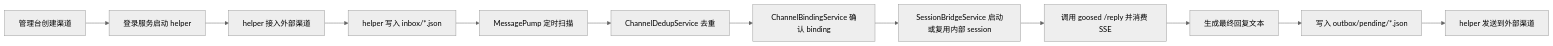
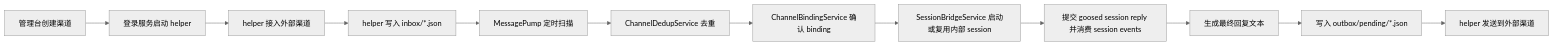
Before and after one commit to jacksunsong/ops-factory: the diagram in docs/architecture/channel-module.md, drawn with Mermaid (neutral theme). The commit also changed other lines of this file and 90 other files, not shown here.

Commit message:
feat: refactor ai chat session flow

````diff
--- a/docs/architecture/channel-module.md
+++ b/docs/architecture/channel-module.md
@@ -104,14 +104,14 @@
 ```mermaid
 flowchart LR
     A["管理台创建渠道"] --> B["登录服务启动 helper"]
     B --> C["helper 接入外部渠道"]
     C --> D["helper 写入 inbox/*.json"]
     D --> E["MessagePump 定时扫描"]
     E --> F["ChannelDedupService 去重"]
     F --> G["ChannelBindingService 确认 binding"]
     G --> H["SessionBridgeService 启动或复用内部 session"]
-    H --> I["调用 goosed /reply 并消费 SSE"]
+    H --> I["提交 goosed session reply 并消费 session events"]
     I --> J["生成最终回复文本"]
     J --> K["写入 outbox/pending/*.json"]
     K --> L["helper 发送到外部渠道"]
 ```
````
